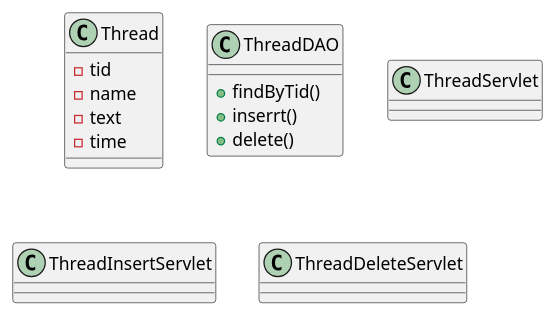
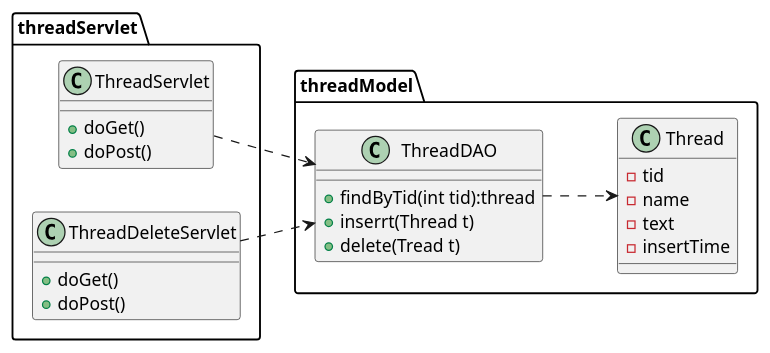
One commit to R-Nakagawa87/WebExample changed the diagram in uml/class_thread.pu. Above: the diagram before and after it, drawn with PlantUML. The commit also changed 4 other files, not shown here.

Commit message:
シーケンス図、クラス図を作成

```diff
--- a/uml/class_thread.pu
+++ b/uml/class_thread.pu
@@ -1,26 +1,37 @@
 @startuml
-class Thread{
-	-tid
-	-name
-	-text
-	-time
+left to right direction
+
+package threadServlet{
+	class ThreadServlet{
+		+doGet()
+		+doPost()
+	}
+
+	class ThreadDeleteServlet{
+		+doGet()
+		+doPost()
+	}
 }
 
-class ThreadDAO{
-	+findByTid()
-	+inserrt()
-	+delete()
+package threadModel{
+	class Thread{
+		-tid
+		-name
+		-text
+		-insertTime
+	}
+
+	class ThreadDAO{
+		+findByTid(int tid):thread
+		+inserrt(Thread t)
+		+delete(Tread t)
+	}
+
+
+	ThreadServlet ..> ThreadDAO
+	ThreadDeleteServlet ..> ThreadDAO
+
+	ThreadDAO ..> Thread
 }
 
-class ThreadServlet{
-
-}
-
-class ThreadInsertServlet{
-
-}
-
-class ThreadDeleteServlet{
-
-}
 @enduml
```
